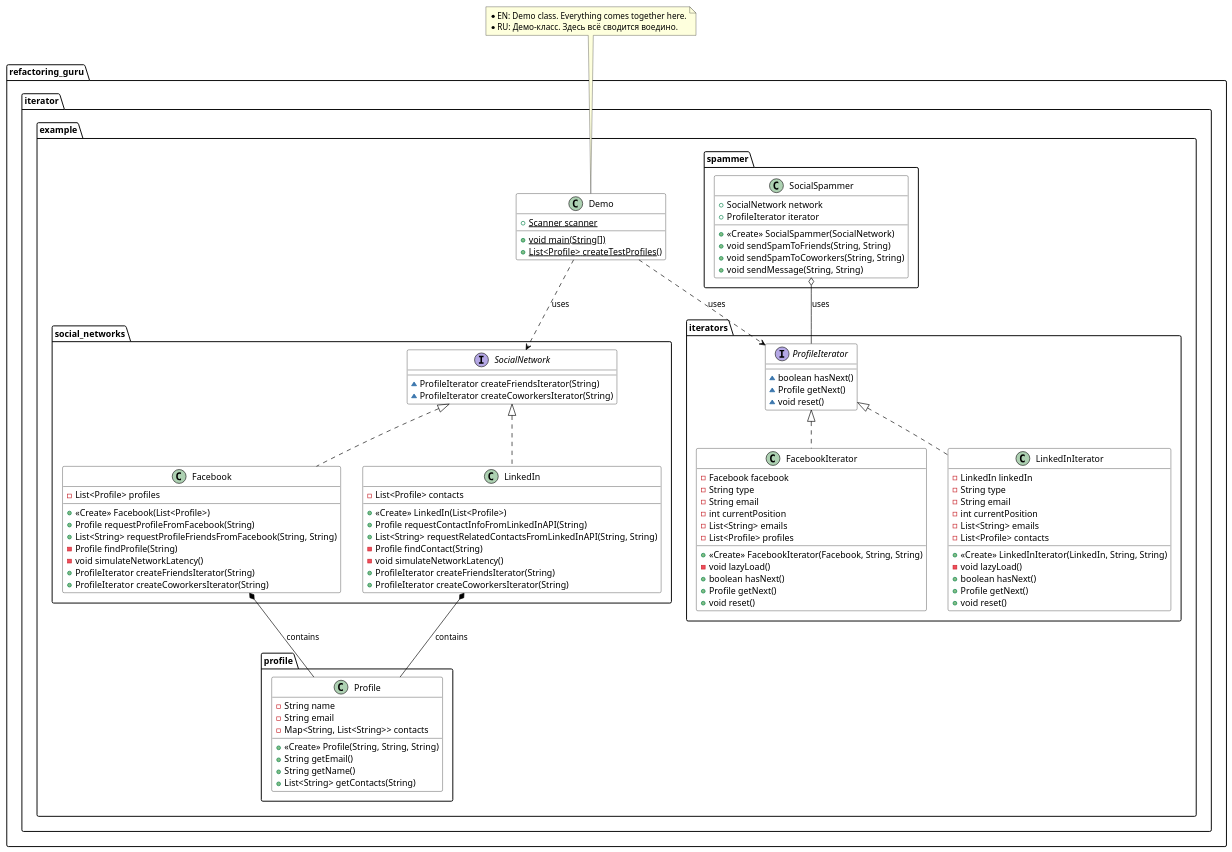
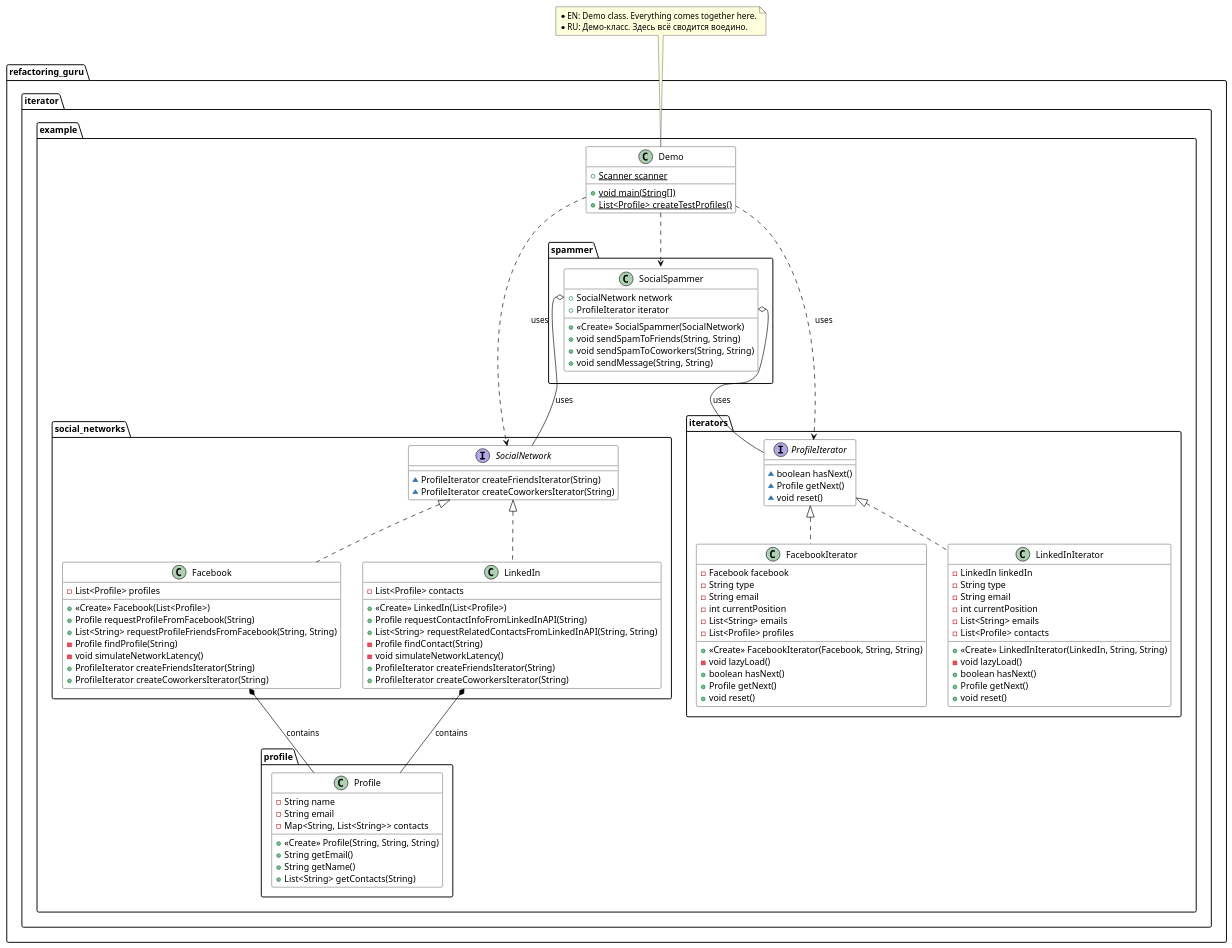
One commit to Volodymyr-Mykychak/design-patterns-java changed the diagram in src/refactoring_guru/iterator/iterator.puml. Above: the diagram before and after it, drawn with PlantUML.

```diff
--- a/src/refactoring_guru/iterator/iterator.puml
+++ b/src/refactoring_guru/iterator/iterator.puml
@@ -1,110 +1,112 @@
 @startuml
 skinparam class {
     BackgroundColor White
     ArrowColor Black
     BorderColor Black
     StereotypeCBackgroundColor LightBlue
     StereotypeIBackgroundColor LightGreen
 }
 
 class refactoring_guru.iterator.example.Demo {
     + {static} Scanner scanner
     + {static} void main(String[])
     + {static} List<Profile> createTestProfiles()
 }
 note top of refactoring_guru.iterator.example.Demo
     * EN: Demo class. Everything comes together here.
     * RU: Демо-класс. Здесь всё сводится воедино.
 end note
 
 class refactoring_guru.iterator.example.social_networks.Facebook {
     - List<Profile> profiles
     + <<Create>> Facebook(List<Profile>)
     + Profile requestProfileFromFacebook(String)
     + List<String> requestProfileFriendsFromFacebook(String, String)
     - Profile findProfile(String)
     - void simulateNetworkLatency()
     + ProfileIterator createFriendsIterator(String)
     + ProfileIterator createCoworkersIterator(String)
 }
 
 class refactoring_guru.iterator.example.spammer.SocialSpammer {
     + SocialNetwork network
     + ProfileIterator iterator
     + <<Create>> SocialSpammer(SocialNetwork)
     + void sendSpamToFriends(String, String)
     + void sendSpamToCoworkers(String, String)
     + void sendMessage(String, String)
 }
 
 class refactoring_guru.iterator.example.iterators.FacebookIterator {
     - Facebook facebook
     - String type
     - String email
     - int currentPosition
     - List<String> emails
     - List<Profile> profiles
     + <<Create>> FacebookIterator(Facebook, String, String)
     - void lazyLoad()
     + boolean hasNext()
     + Profile getNext()
     + void reset()
 }
 
 class refactoring_guru.iterator.example.social_networks.LinkedIn {
     - List<Profile> contacts
     + <<Create>> LinkedIn(List<Profile>)
     + Profile requestContactInfoFromLinkedInAPI(String)
     + List<String> requestRelatedContactsFromLinkedInAPI(String, String)
     - Profile findContact(String)
     - void simulateNetworkLatency()
     + ProfileIterator createFriendsIterator(String)
     + ProfileIterator createCoworkersIterator(String)
 }
 
 class refactoring_guru.iterator.example.profile.Profile {
     - String name
     - String email
     - Map<String, List<String>> contacts
     + <<Create>> Profile(String, String, String)
     + String getEmail()
     + String getName()
     + List<String> getContacts(String)
 }
 
 interface refactoring_guru.iterator.example.social_networks.SocialNetwork {
     ~ ProfileIterator createFriendsIterator(String)
     ~ ProfileIterator createCoworkersIterator(String)
 }
 
 interface refactoring_guru.iterator.example.iterators.ProfileIterator {
     ~ boolean hasNext()
     ~ Profile getNext()
     ~ void reset()
 }
 
 class refactoring_guru.iterator.example.iterators.LinkedInIterator {
     - LinkedIn linkedIn
     - String type
     - String email
     - int currentPosition
     - List<String> emails
     - List<Profile> contacts
     + <<Create>> LinkedInIterator(LinkedIn, String, String)
     - void lazyLoad()
     + boolean hasNext()
     + Profile getNext()
     + void reset()
 }
 
 refactoring_guru.iterator.example.Demo ..> refactoring_guru.iterator.example.iterators.ProfileIterator : uses
 refactoring_guru.iterator.example.Demo ..> refactoring_guru.iterator.example.social_networks.SocialNetwork : uses
+refactoring_guru.iterator.example.Demo ..> refactoring_guru.iterator.example.spammer.SocialSpammer
 refactoring_guru.iterator.example.social_networks.SocialNetwork <|.. refactoring_guru.iterator.example.social_networks.Facebook
 refactoring_guru.iterator.example.social_networks.SocialNetwork <|.. refactoring_guru.iterator.example.social_networks.LinkedIn
 refactoring_guru.iterator.example.iterators.ProfileIterator <|.. refactoring_guru.iterator.example.iterators.FacebookIterator
 refactoring_guru.iterator.example.iterators.ProfileIterator <|.. refactoring_guru.iterator.example.iterators.LinkedInIterator
 refactoring_guru.iterator.example.social_networks.Facebook *-- refactoring_guru.iterator.example.profile.Profile : contains
 refactoring_guru.iterator.example.social_networks.LinkedIn *-- refactoring_guru.iterator.example.profile.Profile : contains
-refactoring_guru.iterator.example.spammer.SocialSpammer o-- refactoring_guru.iterator.example.iterators.ProfileIterator : uses
+refactoring_guru.iterator.example.spammer.SocialSpammer::iterator o-- refactoring_guru.iterator.example.iterators.ProfileIterator : uses
+refactoring_guru.iterator.example.spammer.SocialSpammer::network o-- refactoring_guru.iterator.example.social_networks.SocialNetwork : uses
 
 @enduml
```
